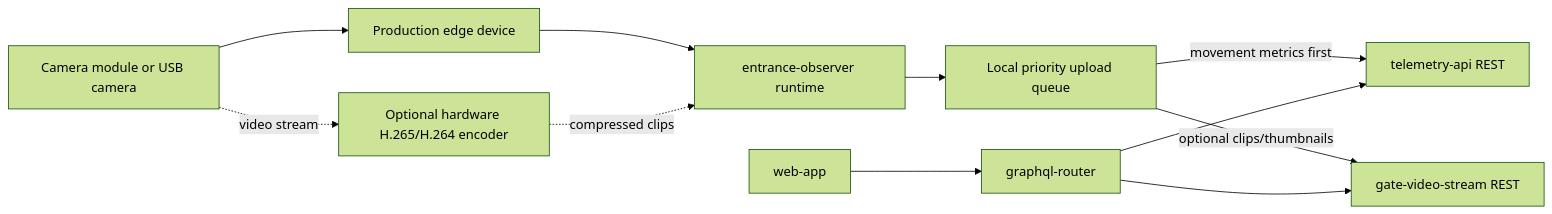
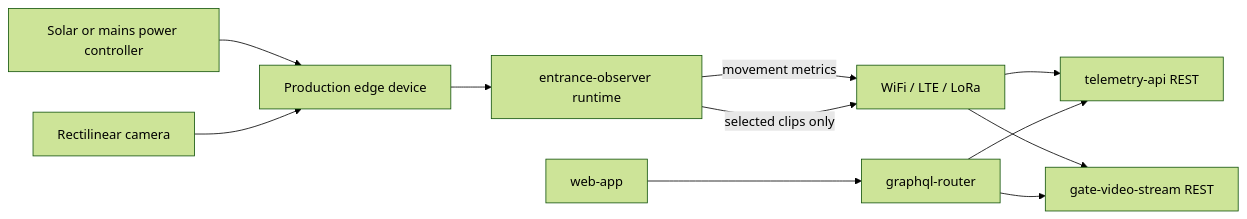
The diagram in content/docs/entrance-observer/Future production hardware alternatives.md (Gratheon/website2), drawn with Mermaid (forest theme) before and after one commit. The commit also changed other lines of this file, not shown here.

First line of the commit message:
Deepen Entrance Observer production hardware research

````diff
--- a/content/docs/entrance-observer/Future production hardware alternatives.md
+++ b/content/docs/entrance-observer/Future production hardware alternatives.md
@@ -216,21 +228,20 @@
 ```mermaid
 flowchart LR
-  camera[Camera module or USB camera]
-  encoder[Optional hardware H.265/H.264 encoder]
+  camera[Rectilinear camera]
   edge[Production edge device]
   app[entrance-observer runtime]
-  queue[Local priority upload queue]
   telemetry[telemetry-api REST]
   video[gate-video-stream REST]
   graphql[graphql-router]
   web[web-app]
+  power[Solar or mains power controller]
+  network[WiFi / LTE / LoRa]
 
+  power --> edge
   camera --> edge --> app
-  camera -.video stream.-> encoder -.compressed clips.-> app
-  app --> queue
-  queue -->|movement metrics first| telemetry
-  queue -->|optional clips/thumbnails| video
+  app -->|movement metrics| network --> telemetry
+  app -->|selected clips only| network --> video
   web --> graphql
   graphql --> telemetry
   graphql --> video
 ```
````
